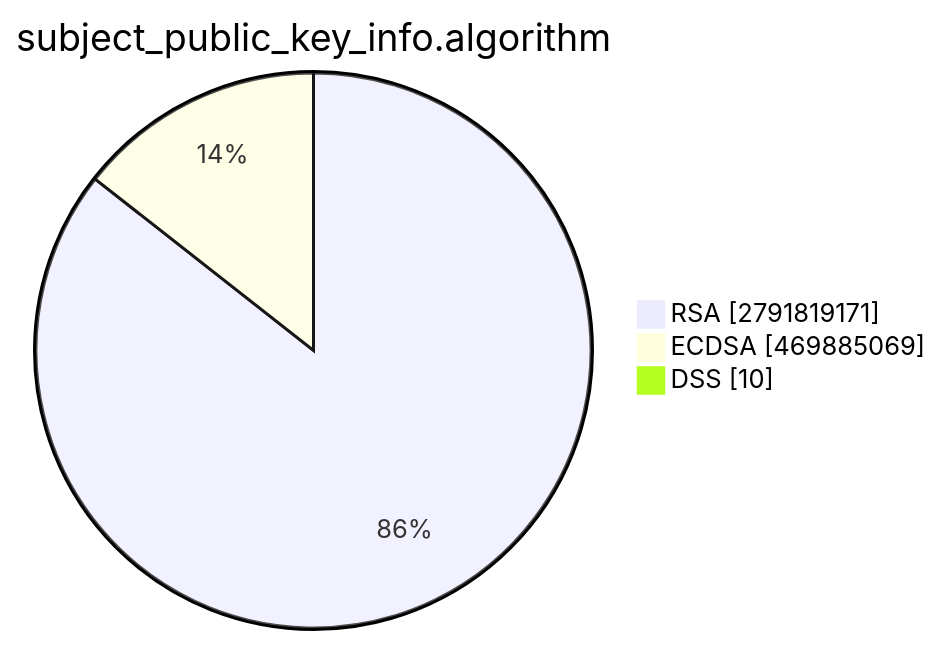
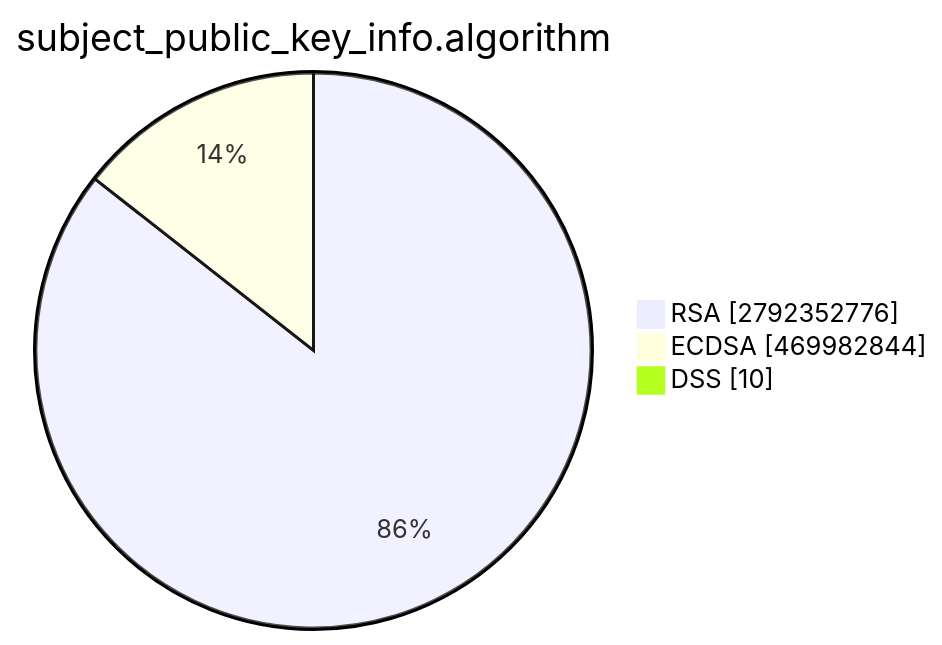
One commit to christiankrug/ctmonitor_visualization changed the second of 15 diagrams in TOTAL/README.md. Above: the diagram before and after it, drawn with Mermaid. The commit also changed other lines of this file, not shown here.

````diff
--- a/TOTAL/README.md
+++ b/TOTAL/README.md
@@ -6,7 +6,7 @@
 ```mermaid
 pie showData
 title subject_public_key_info.algorithm
-"RSA" :2791819171
-"ECDSA" :469885069
+"RSA" :2792352776
+"ECDSA" :469982844
 "DSS" :10
 ```
````
